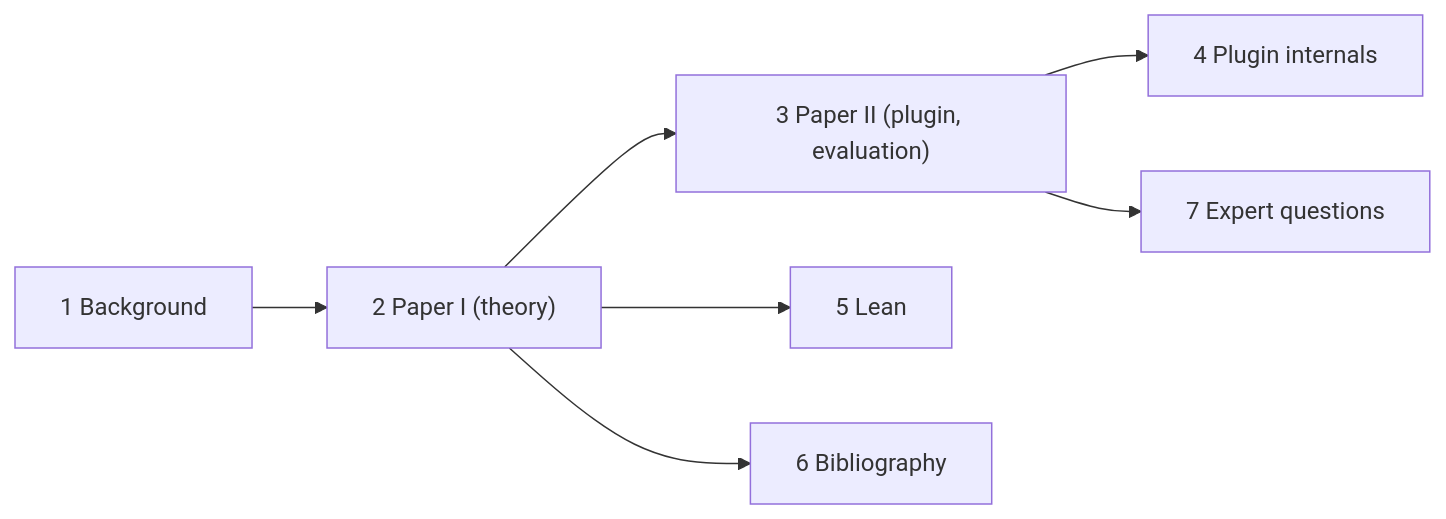
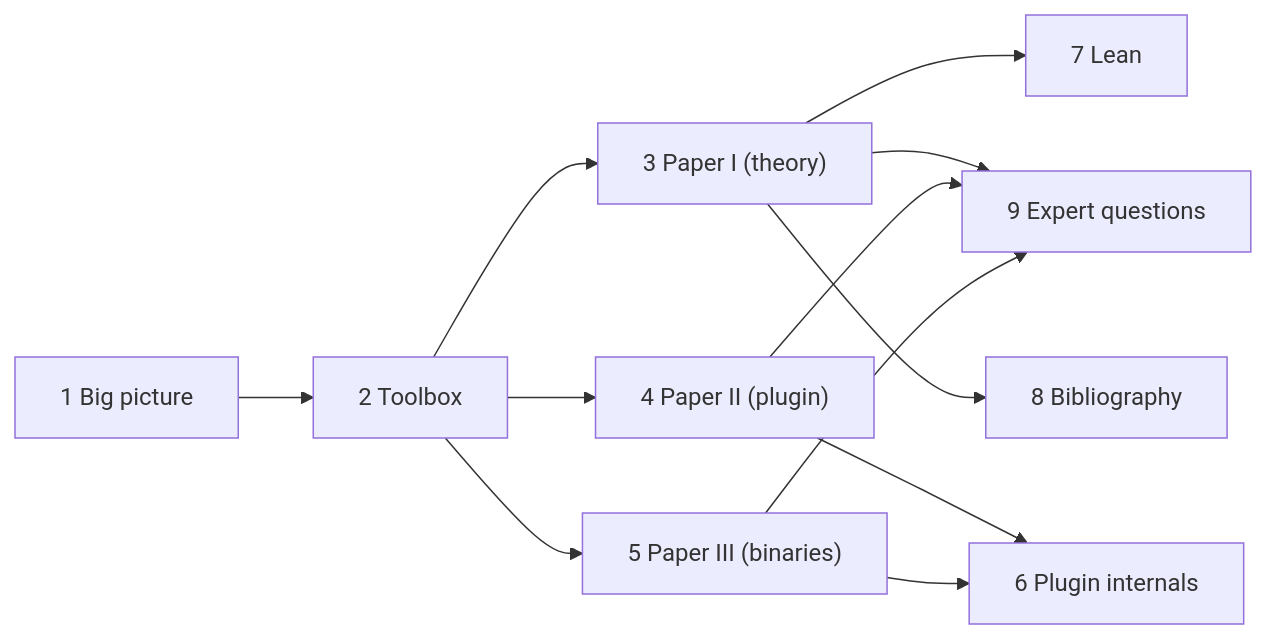
The diagram in docs/guide/README.md (ldallolio/crosscheck), drawn with Mermaid before and after one commit. The commit also changed other lines of this file and 27 other files, not shown here.

First line of the commit message:
Companion guide rewritten for a non-specialist: big picture, toolbox, one part per paper

````diff
--- a/docs/guide/README.md
+++ b/docs/guide/README.md
@@ -25,9 +49,14 @@
 ```mermaid
 flowchart LR
-  P1["1 Background"] --> P2["2 Paper I (theory)"]
-  P2 --> P3["3 Paper II (plugin, evaluation)"]
-  P3 --> P4["4 Plugin internals"]
-  P2 --> P5["5 Lean"]
-  P2 --> P6["6 Bibliography"]
-  P3 --> P7["7 Expert questions"]
+  P1["1 Big picture"] --> P2["2 Toolbox"]
+  P2 --> P3["3 Paper I (theory)"]
+  P2 --> P4["4 Paper II (plugin)"]
+  P2 --> P5["5 Paper III (binaries)"]
+  P3 --> P7["7 Lean"]
+  P4 --> P6["6 Plugin internals"]
+  P5 --> P6
+  P3 --> P9["9 Expert questions"]
+  P4 --> P9
+  P5 --> P9
+  P3 --> P8["8 Bibliography"]
 ```
````
